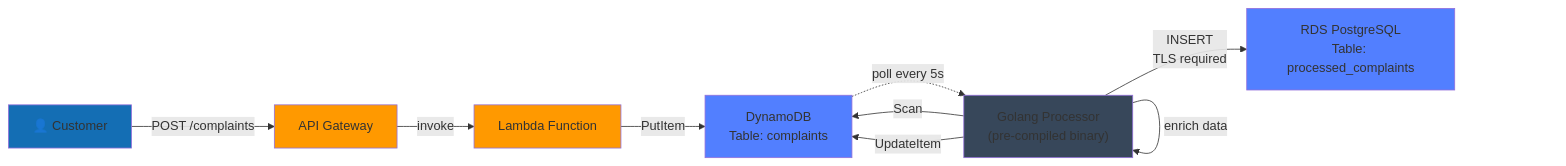
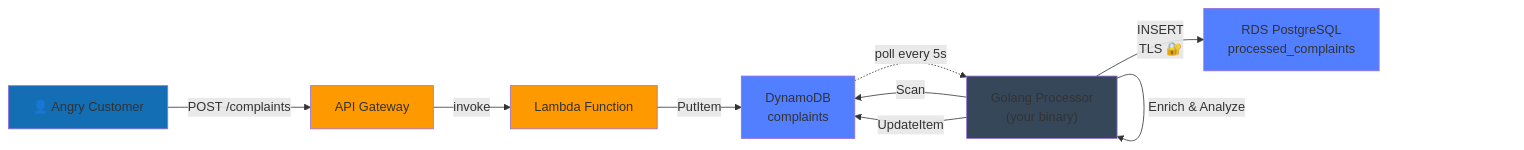
The diagram in day1/README.md (devcaetan0/desafio-aws), drawn with Mermaid before and after one commit. The commit also changed other lines of this file, not shown here.

````diff
--- a/day1/README.md
+++ b/day1/README.md
@@ -19,20 +19,20 @@
 ```mermaid
 graph LR
-    A["👤 Customer"] -->|POST /complaints| B["API Gateway"]
+    A["👤 Angry Customer"] -->|POST /complaints| B["API Gateway"]
     B -->|invoke| C["Lambda Function"]
-    C -->|PutItem| D["DynamoDB<br/>Table: complaints"]
+    C -->|PutItem| D["DynamoDB<br/>complaints"]
     
-    E["Golang Processor<br/>(pre-compiled binary)"] -->|Scan| D
-    E -->|enrich data| E
-    E -->|INSERT<br/>TLS required| F["RDS PostgreSQL<br/>Table: processed_complaints"]
+    E["Golang Processor<br/>(your binary)"] -->|Scan| D
+    E -->|Enrich & Analyze| E
+    E -->|INSERT<br/>TLS 🔐| F["RDS PostgreSQL<br/>processed_complaints"]
     E -->|UpdateItem| D
     
     D -.poll every 5s.-> E
     
     style B fill:#FF9900
     style C fill:#FF9900
     style D fill:#527FFF
     style F fill:#527FFF
     style E fill:#37475A
     style A fill:#146EB4
 ```
````
